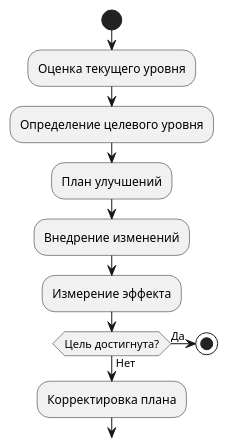
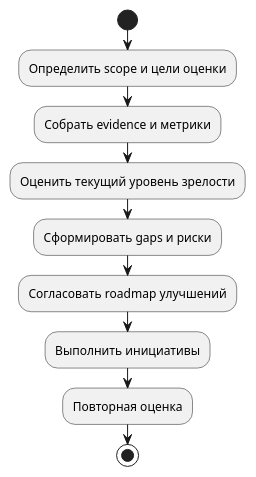
Before and after one commit to iwizy/analyst_kb: the diagram in docs/notations/maturity-models/index.md, drawn with PlantUML. The commit also changed other lines of this file and 20 other files, not shown here.

````diff
--- a/docs/notations/maturity-models/index.md
+++ b/docs/notations/maturity-models/index.md
@@ -35,16 +41,13 @@
 ```kroki-plantuml
 @startuml
 start
-:Оценка текущего уровня;
-:Определение целевого уровня;
-:План улучшений;
-:Внедрение изменений;
-:Измерение эффекта;
-if (Цель достигнута?) then (Да)
-  stop
-else (Нет)
-  :Корректировка плана;
-  -> :Внедрение изменений;
-endif
+:Определить scope и цели оценки;
+:Собрать evidence и метрики;
+:Оценить текущий уровень зрелости;
+:Сформировать gaps и риски;
+:Согласовать roadmap улучшений;
+:Выполнить инициативы;
+:Повторная оценка;
+stop
 @enduml
 ```
````
